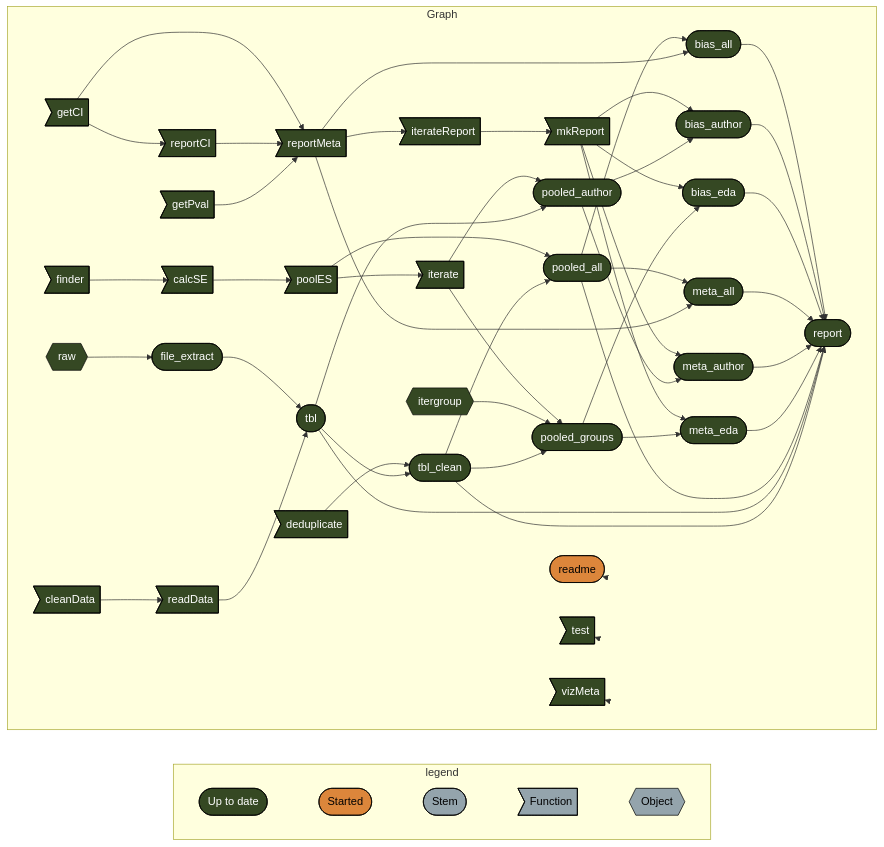
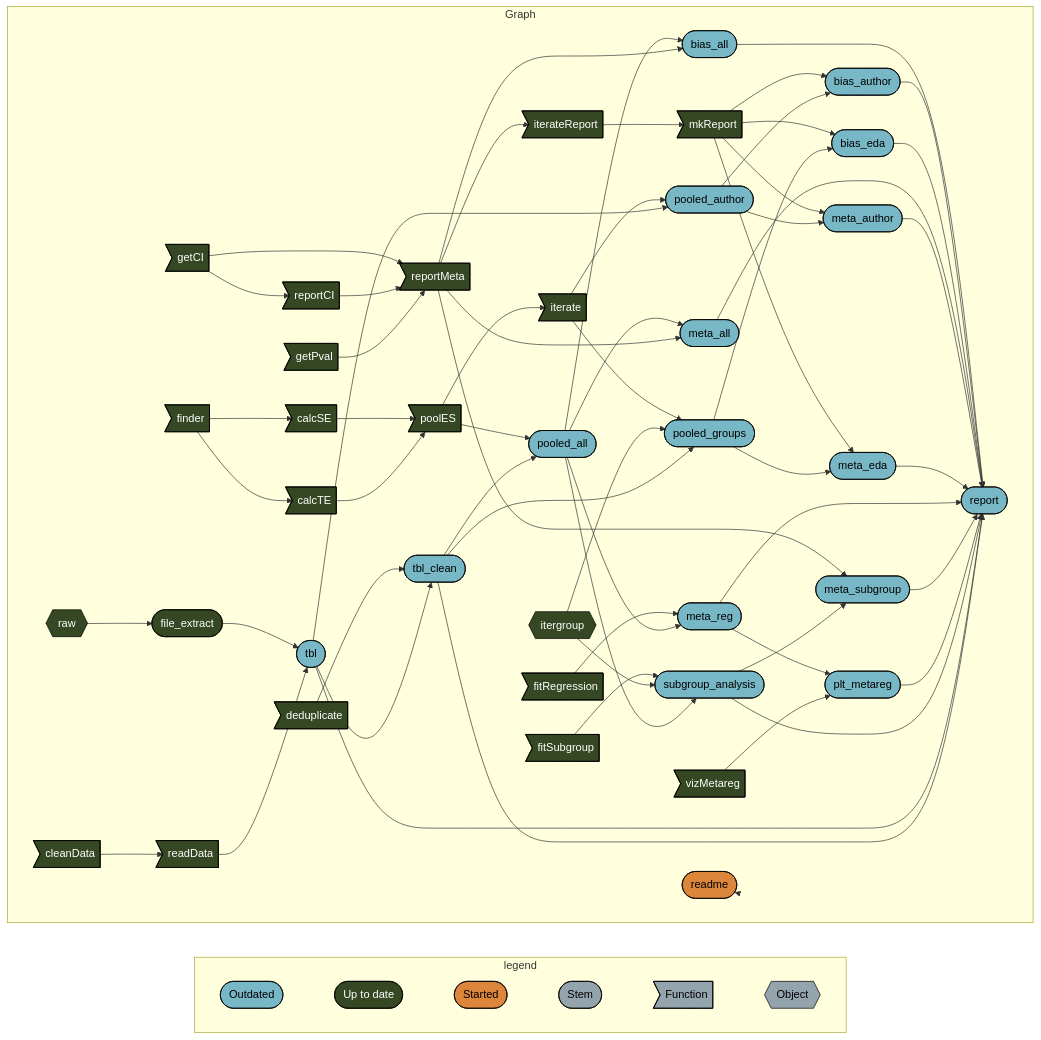
Before and after one commit to namakala/depression-in-t2dm: the diagram in README.md, drawn with Mermaid. The commit also changed other lines of this file and 4 other files, not shown here.

````diff
--- a/README.md
+++ b/README.md
@@ -49,69 +50,82 @@
 ``` mermaid
 graph LR
   subgraph legend
     direction LR
+    x0a52b03877696646([""Outdated""]):::outdated --- x7420bd9270f8d27d([""Up to date""]):::uptodate
     x7420bd9270f8d27d([""Up to date""]):::uptodate --- x5b3426b4c7fa7dbc([""Started""]):::started
     x5b3426b4c7fa7dbc([""Started""]):::started --- xbf4603d6c2c2ad6b([""Stem""]):::none
     xbf4603d6c2c2ad6b([""Stem""]):::none --- xf0bce276fe2b9d3e>""Function""]:::none
     xf0bce276fe2b9d3e>""Function""]:::none --- x5bffbffeae195fc9{{""Object""}}:::none
   end
   subgraph Graph
     direction LR
     x4e142918b401f034>"cleanData"]:::uptodate --> xb4a3d4a2fc7bb7d2>"readData"]:::uptodate
     x275ceffe01854d89>"reportMeta"]:::uptodate --> x1f5f4b5b2ec59cf0>"iterateReport"]:::uptodate
     x1f5f4b5b2ec59cf0>"iterateReport"]:::uptodate --> xe507bce80d611fab>"mkReport"]:::uptodate
     x19d56b95df0a7e85>"poolES"]:::uptodate --> xee61ab83b7d675c1>"iterate"]:::uptodate
     x6296d492a8ddad2b>"getCI"]:::uptodate --> x275ceffe01854d89>"reportMeta"]:::uptodate
     x6296d492a8ddad2b>"getCI"]:::uptodate --> x67d7e85e85ed33db>"reportCI"]:::uptodate
     x67d7e85e85ed33db>"reportCI"]:::uptodate --> x275ceffe01854d89>"reportMeta"]:::uptodate
     x3e42f6670cc1974c>"finder"]:::uptodate --> x2405da16054f81ad>"calcSE"]:::uptodate
+    x3e42f6670cc1974c>"finder"]:::uptodate --> x8a64dc026076b147>"calcTE"]:::uptodate
     x2405da16054f81ad>"calcSE"]:::uptodate --> x19d56b95df0a7e85>"poolES"]:::uptodate
+    x8a64dc026076b147>"calcTE"]:::uptodate --> x19d56b95df0a7e85>"poolES"]:::uptodate
     x97296012062236b1>"getPval"]:::uptodate --> x275ceffe01854d89>"reportMeta"]:::uptodate
-    xee61ab83b7d675c1>"iterate"]:::uptodate --> x631988a8d3d85fb3(["pooled_author"]):::uptodate
-    xe797a538520c914d(["tbl"]):::uptodate --> x631988a8d3d85fb3(["pooled_author"]):::uptodate
-    x4cfdc4b8ffc0833b>"deduplicate"]:::uptodate --> x07c0a25d8d1269ae(["tbl_clean"]):::uptodate
-    xe797a538520c914d(["tbl"]):::uptodate --> x07c0a25d8d1269ae(["tbl_clean"]):::uptodate
-    x0c55547544d10beb(["pooled_all"]):::uptodate --> x1da53b9024b2e84a(["bias_all"]):::uptodate
-    x275ceffe01854d89>"reportMeta"]:::uptodate --> x1da53b9024b2e84a(["bias_all"]):::uptodate
-    x0c55547544d10beb(["pooled_all"]):::uptodate --> x430992bea01a7746(["meta_all"]):::uptodate
-    x275ceffe01854d89>"reportMeta"]:::uptodate --> x430992bea01a7746(["meta_all"]):::uptodate
-    x1da53b9024b2e84a(["bias_all"]):::uptodate --> xe0fba61fbc506510(["report"]):::uptodate
-    x8258980e0682878d(["bias_author"]):::uptodate --> xe0fba61fbc506510(["report"]):::uptodate
-    x7cddcc2458aa2f2a(["bias_eda"]):::uptodate --> xe0fba61fbc506510(["report"]):::uptodate
-    x430992bea01a7746(["meta_all"]):::uptodate --> xe0fba61fbc506510(["report"]):::uptodate
-    x2e9a38145b3ac661(["meta_author"]):::uptodate --> xe0fba61fbc506510(["report"]):::uptodate
-    x9779f797366ec5b8(["meta_eda"]):::uptodate --> xe0fba61fbc506510(["report"]):::uptodate
-    x0c55547544d10beb(["pooled_all"]):::uptodate --> xe0fba61fbc506510(["report"]):::uptodate
-    xe797a538520c914d(["tbl"]):::uptodate --> xe0fba61fbc506510(["report"]):::uptodate
-    x07c0a25d8d1269ae(["tbl_clean"]):::uptodate --> xe0fba61fbc506510(["report"]):::uptodate
-    xe507bce80d611fab>"mkReport"]:::uptodate --> x8258980e0682878d(["bias_author"]):::uptodate
-    x631988a8d3d85fb3(["pooled_author"]):::uptodate --> x8258980e0682878d(["bias_author"]):::uptodate
-    xe507bce80d611fab>"mkReport"]:::uptodate --> x9779f797366ec5b8(["meta_eda"]):::uptodate
-    x5622303d0fb3e0ca(["pooled_groups"]):::uptodate --> x9779f797366ec5b8(["meta_eda"]):::uptodate
-    xe507bce80d611fab>"mkReport"]:::uptodate --> x2e9a38145b3ac661(["meta_author"]):::uptodate
-    x631988a8d3d85fb3(["pooled_author"]):::uptodate --> x2e9a38145b3ac661(["meta_author"]):::uptodate
-    xe507bce80d611fab>"mkReport"]:::uptodate --> x7cddcc2458aa2f2a(["bias_eda"]):::uptodate
-    x5622303d0fb3e0ca(["pooled_groups"]):::uptodate --> x7cddcc2458aa2f2a(["bias_eda"]):::uptodate
+    xee61ab83b7d675c1>"iterate"]:::uptodate --> x631988a8d3d85fb3(["pooled_author"]):::outdated
+    xe797a538520c914d(["tbl"]):::outdated --> x631988a8d3d85fb3(["pooled_author"]):::outdated
+    x543688e28a1fc6f2>"fitSubgroup"]:::uptodate --> x97078af44030bc70(["subgroup_analysis"]):::outdated
+    xe37aeeab4f19d257{{"itergroup"}}:::uptodate --> x97078af44030bc70(["subgroup_analysis"]):::outdated
+    x0c55547544d10beb(["pooled_all"]):::outdated --> x97078af44030bc70(["subgroup_analysis"]):::outdated
+    x4cfdc4b8ffc0833b>"deduplicate"]:::uptodate --> x07c0a25d8d1269ae(["tbl_clean"]):::outdated
+    xe797a538520c914d(["tbl"]):::outdated --> x07c0a25d8d1269ae(["tbl_clean"]):::outdated
+    x0c55547544d10beb(["pooled_all"]):::outdated --> x1da53b9024b2e84a(["bias_all"]):::outdated
+    x275ceffe01854d89>"reportMeta"]:::uptodate --> x1da53b9024b2e84a(["bias_all"]):::outdated
+    x0c55547544d10beb(["pooled_all"]):::outdated --> x430992bea01a7746(["meta_all"]):::outdated
+    x275ceffe01854d89>"reportMeta"]:::uptodate --> x430992bea01a7746(["meta_all"]):::outdated
+    x1da53b9024b2e84a(["bias_all"]):::outdated --> xe0fba61fbc506510(["report"]):::outdated
+    x8258980e0682878d(["bias_author"]):::outdated --> xe0fba61fbc506510(["report"]):::outdated
+    x7cddcc2458aa2f2a(["bias_eda"]):::outdated --> xe0fba61fbc506510(["report"]):::outdated
+    x430992bea01a7746(["meta_all"]):::outdated --> xe0fba61fbc506510(["report"]):::outdated
+    x2e9a38145b3ac661(["meta_author"]):::outdated --> xe0fba61fbc506510(["report"]):::outdated
+    x9779f797366ec5b8(["meta_eda"]):::outdated --> xe0fba61fbc506510(["report"]):::outdated
+    x3b47b6779afe85cb(["meta_reg"]):::outdated --> xe0fba61fbc506510(["report"]):::outdated
+    xaf0034ed7fb04a01(["meta_subgroup"]):::outdated --> xe0fba61fbc506510(["report"]):::outdated
+    x85d32e8dea63783a(["plt_metareg"]):::outdated --> xe0fba61fbc506510(["report"]):::outdated
+    x97078af44030bc70(["subgroup_analysis"]):::outdated --> xe0fba61fbc506510(["report"]):::outdated
+    xe797a538520c914d(["tbl"]):::outdated --> xe0fba61fbc506510(["report"]):::outdated
+    x07c0a25d8d1269ae(["tbl_clean"]):::outdated --> xe0fba61fbc506510(["report"]):::outdated
+    xe507bce80d611fab>"mkReport"]:::uptodate --> x8258980e0682878d(["bias_author"]):::outdated
+    x631988a8d3d85fb3(["pooled_author"]):::outdated --> x8258980e0682878d(["bias_author"]):::outdated
+    xe507bce80d611fab>"mkReport"]:::uptodate --> x9779f797366ec5b8(["meta_eda"]):::outdated
+    x5622303d0fb3e0ca(["pooled_groups"]):::outdated --> x9779f797366ec5b8(["meta_eda"]):::outdated
+    xe507bce80d611fab>"mkReport"]:::uptodate --> x2e9a38145b3ac661(["meta_author"]):::outdated
+    x631988a8d3d85fb3(["pooled_author"]):::outdated --> x2e9a38145b3ac661(["meta_author"]):::outdated
+    x275ceffe01854d89>"reportMeta"]:::uptodate --> xaf0034ed7fb04a01(["meta_subgroup"]):::outdated
+    x97078af44030bc70(["subgroup_analysis"]):::outdated --> xaf0034ed7fb04a01(["meta_subgroup"]):::outdated
+    xe507bce80d611fab>"mkReport"]:::uptodate --> x7cddcc2458aa2f2a(["bias_eda"]):::outdated
+    x5622303d0fb3e0ca(["pooled_groups"]):::outdated --> x7cddcc2458aa2f2a(["bias_eda"]):::outdated
+    x3b47b6779afe85cb(["meta_reg"]):::outdated --> x85d32e8dea63783a(["plt_metareg"]):::outdated
+    xb8df53a3923736a6>"vizMetareg"]:::uptodate --> x85d32e8dea63783a(["plt_metareg"]):::outdated
     x67be920e14d52a62{{"raw"}}:::uptodate --> x948809345d27ea2b(["file_extract"]):::uptodate
-    x19d56b95df0a7e85>"poolES"]:::uptodate --> x0c55547544d10beb(["pooled_all"]):::uptodate
-    x07c0a25d8d1269ae(["tbl_clean"]):::uptodate --> x0c55547544d10beb(["pooled_all"]):::uptodate
-    x948809345d27ea2b(["file_extract"]):::uptodate --> xe797a538520c914d(["tbl"]):::uptodate
-    xb4a3d4a2fc7bb7d2>"readData"]:::uptodate --> xe797a538520c914d(["tbl"]):::uptodate
-    xee61ab83b7d675c1>"iterate"]:::uptodate --> x5622303d0fb3e0ca(["pooled_groups"]):::uptodate
-    xe37aeeab4f19d257{{"itergroup"}}:::uptodate --> x5622303d0fb3e0ca(["pooled_groups"]):::uptodate
-    x07c0a25d8d1269ae(["tbl_clean"]):::uptodate --> x5622303d0fb3e0ca(["pooled_groups"]):::uptodate
+    x6cab7297675953ab>"fitRegression"]:::uptodate --> x3b47b6779afe85cb(["meta_reg"]):::outdated
+    x0c55547544d10beb(["pooled_all"]):::outdated --> x3b47b6779afe85cb(["meta_reg"]):::outdated
+    x19d56b95df0a7e85>"poolES"]:::uptodate --> x0c55547544d10beb(["pooled_all"]):::outdated
+    x07c0a25d8d1269ae(["tbl_clean"]):::outdated --> x0c55547544d10beb(["pooled_all"]):::outdated
+    x948809345d27ea2b(["file_extract"]):::uptodate --> xe797a538520c914d(["tbl"]):::outdated
+    xb4a3d4a2fc7bb7d2>"readData"]:::uptodate --> xe797a538520c914d(["tbl"]):::outdated
+    xee61ab83b7d675c1>"iterate"]:::uptodate --> x5622303d0fb3e0ca(["pooled_groups"]):::outdated
+    xe37aeeab4f19d257{{"itergroup"}}:::uptodate --> x5622303d0fb3e0ca(["pooled_groups"]):::outdated
+    x07c0a25d8d1269ae(["tbl_clean"]):::outdated --> x5622303d0fb3e0ca(["pooled_groups"]):::outdated
     x6e52cb0f1668cc22(["readme"]):::started --> x6e52cb0f1668cc22(["readme"]):::started
-    x4fdcca5ddb678139>"test"]:::uptodate --> x4fdcca5ddb678139>"test"]:::uptodate
-    x41a8499cfe76565d>"vizMeta"]:::uptodate --> x41a8499cfe76565d>"vizMeta"]:::uptodate
   end
+  classDef outdated stroke:#000000,color:#000000,fill:#78B7C5;
   classDef uptodate stroke:#000000,color:#ffffff,fill:#354823;
   classDef started stroke:#000000,color:#000000,fill:#DC863B;
   classDef none stroke:#000000,color:#000000,fill:#94a4ac;
   linkStyle 0 stroke-width:0px;
   linkStyle 1 stroke-width:0px;
   linkStyle 2 stroke-width:0px;
   linkStyle 3 stroke-width:0px;
-  linkStyle 47 stroke-width:0px;
-  linkStyle 48 stroke-width:0px;
-  linkStyle 49 stroke-width:0px;
+  linkStyle 4 stroke-width:0px;
+  linkStyle 62 stroke-width:0px;
 ```
````
